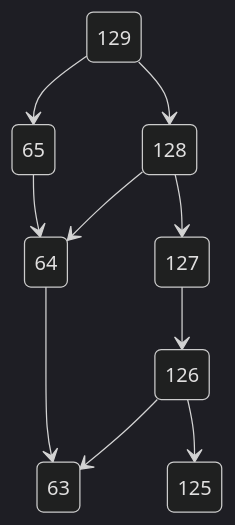
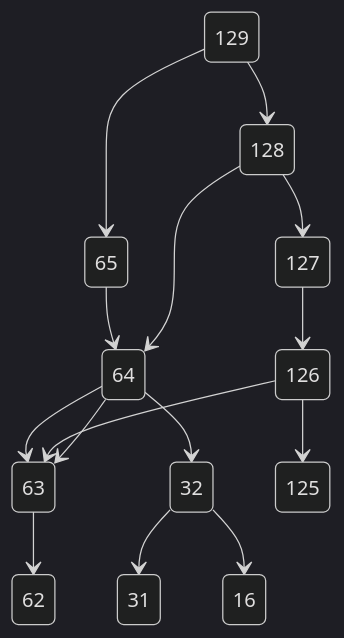
One commit to viktorshandrikov/repository-1 changed the diagram in 19.md. Above: the diagram before and after it, drawn with Mermaid (dark theme).

````diff
--- a/19.md
+++ b/19.md
@@ -1,12 +1,17 @@
 ```mermaid
 stateDiagram-v2
 129 --> 128
 129 --> 65
 128 --> 127
 65 --> 64
 64 -->63 
 127-->126
 126 -->63
 126 --> 125
 128 --> 64
+63 --> 62 
+64 -->32
+32 --> 31
+32-->16 
+64-->63 
 ```
````
